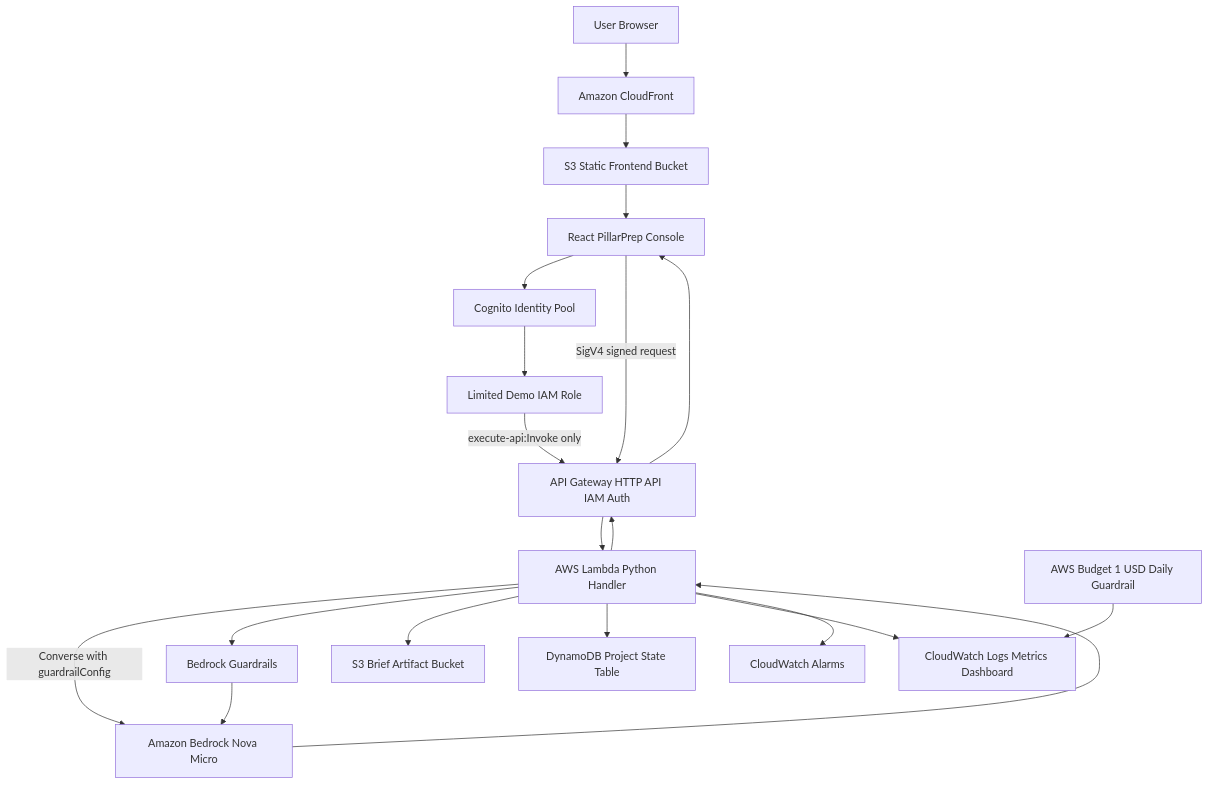
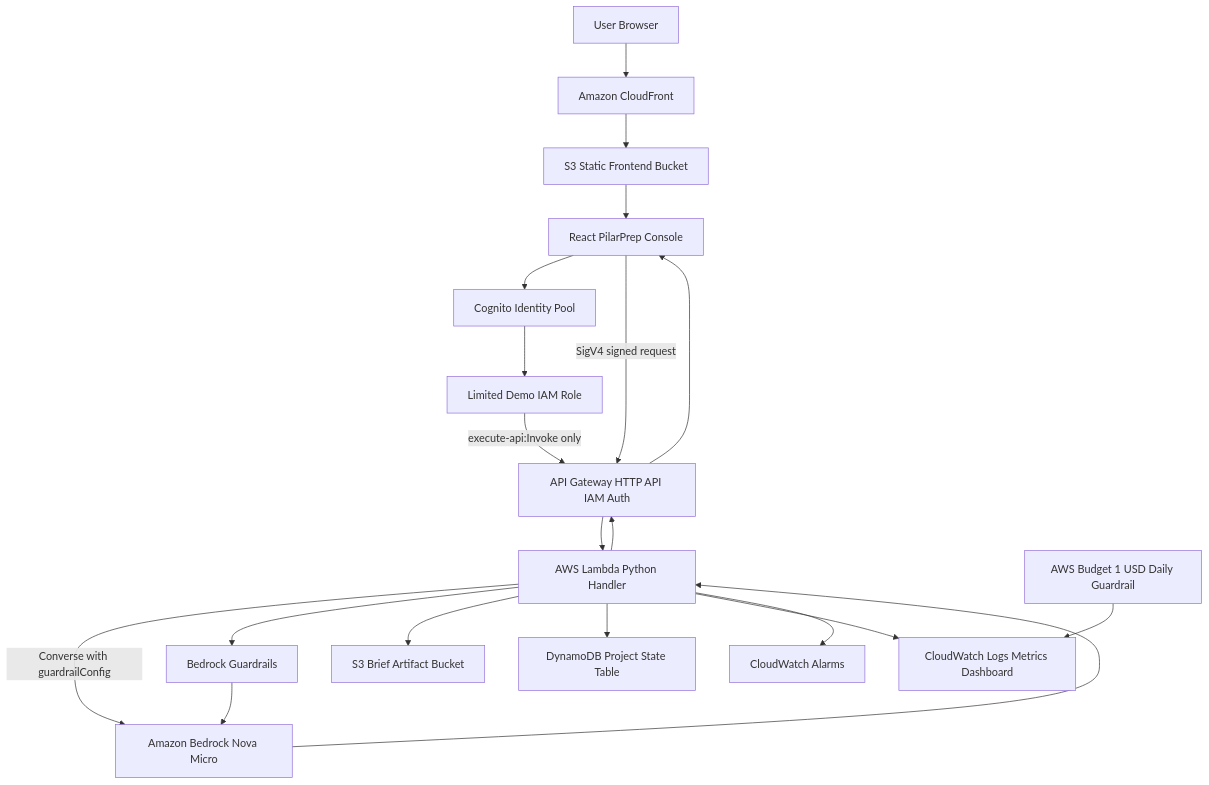
One commit to aadams35/Pilarprep changed the diagram in docs/aws-infrastructure-design.md. Above: the diagram before and after it, drawn with Mermaid. The commit also changed other lines of this file and 27 other files, not shown here.

Commit message:
Rename product branding to PilarPrep

````diff
--- a/docs/aws-infrastructure-design.md
+++ b/docs/aws-infrastructure-design.md
@@ -7,23 +7,23 @@
 ```mermaid
 flowchart TD
   USER[User Browser] --> CF[Amazon CloudFront]
   CF --> S3FRONT[S3 Static Frontend Bucket]
-  S3FRONT --> UI[React PillarPrep Console]
+  S3FRONT --> UI[React PilarPrep Console]
   UI --> COGNITO[Cognito Identity Pool]
   COGNITO --> DEMOROLE[Limited Demo IAM Role]
   UI -->|SigV4 signed request| API[API Gateway HTTP API IAM Auth]
   DEMOROLE -->|execute-api:Invoke only| API
   API --> LAMBDA[AWS Lambda Python Handler]
   LAMBDA -->|Converse with guardrailConfig| BEDROCK[Amazon Bedrock Nova Micro]
   LAMBDA --> SAFETY[Bedrock Guardrails]
   SAFETY --> BEDROCK
   BEDROCK --> LAMBDA
   LAMBDA --> ARTIFACTS[S3 Brief Artifact Bucket]
   LAMBDA --> STATE[DynamoDB Project State Table]
   LAMBDA --> API
   API --> UI
   LAMBDA --> DASH[CloudWatch Logs Metrics Dashboard]
   ALARMS[CloudWatch Alarms]
   LAMBDA --> ALARMS
   BUDGET[AWS Budget 1 USD Daily Guardrail] --> DASH
 ```
````
